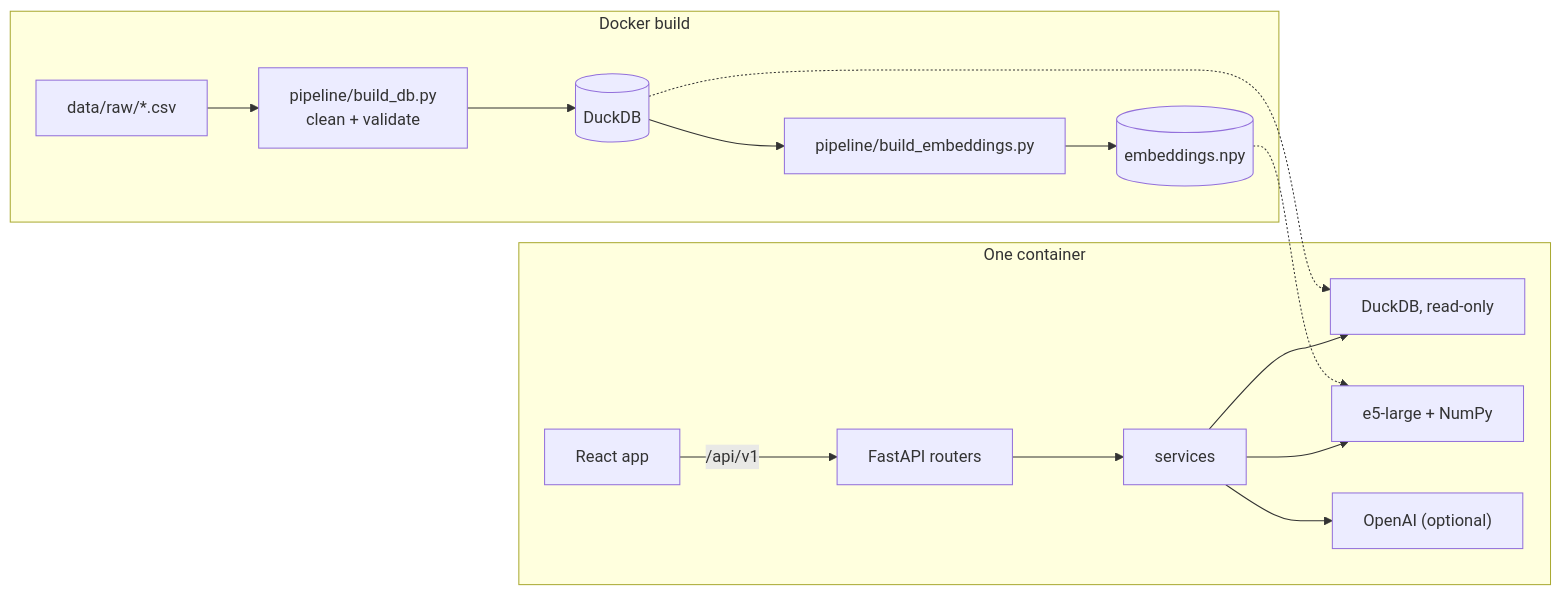
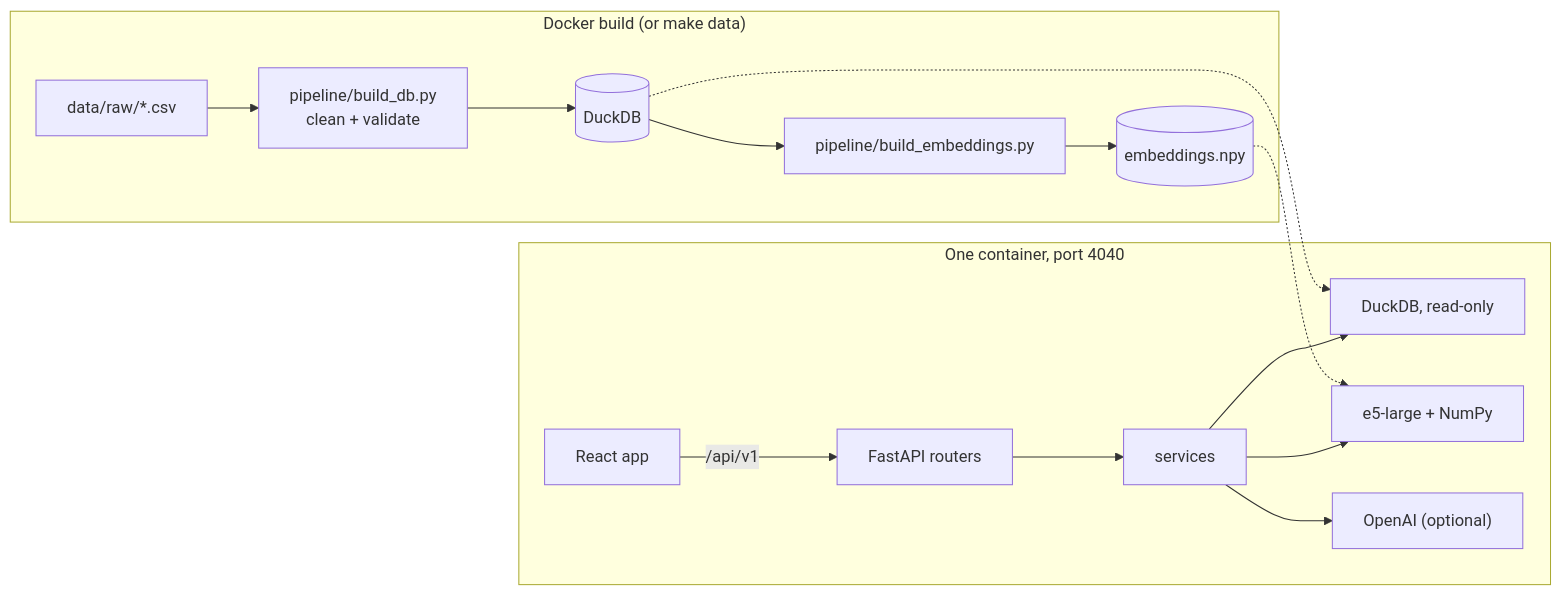
Before and after one commit to nickyperrone/Movie_Intelligence_Explorer: the diagram in README.md, drawn with Mermaid. The commit also changed other lines of this file, not shown here.

Commit message:
Explain local and Docker setup, architecture and next steps in the README

````diff
--- a/README.md
+++ b/README.md
@@ -61,18 +88,18 @@
 ```mermaid
 flowchart LR
-    subgraph BUILD["Docker build"]
+    subgraph BUILD["Docker build (or make data)"]
         RAW["data/raw/*.csv"] --> DB["pipeline/build_db.py<br/>clean + validate"]
         DB --> DUCK[("DuckDB")]
         DUCK --> EMB["pipeline/build_embeddings.py"]
         EMB --> VEC[("embeddings.npy")]
     end
-    subgraph RUNTIME["One container"]
+    subgraph RUNTIME["One container, port 4040"]
         UI["React app"] -->|"/api/v1"| API["FastAPI routers"]
         API --> SVC["services"]
         SVC --> DUCK2["DuckDB, read-only"]
         SVC --> IDX["e5-large + NumPy"]
         SVC --> LLM["OpenAI (optional)"]
     end
     DUCK -.-> DUCK2
     VEC -.-> IDX
 ```
````
